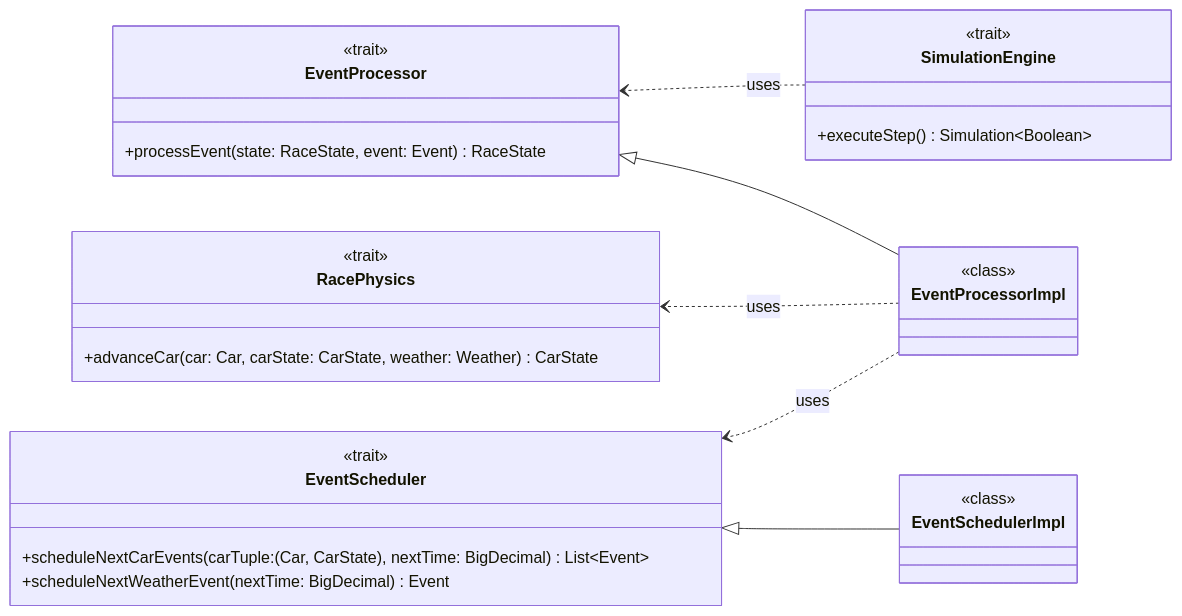
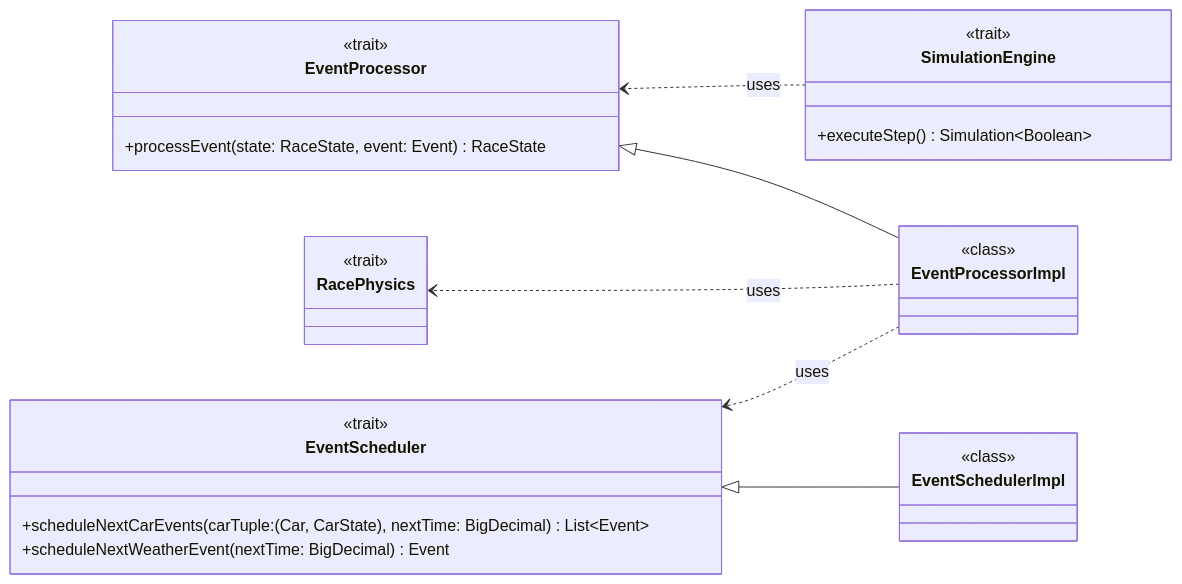
Before and after one commit to ItsTiz/PPS-24-sgp: the diagram in docs/report/4_detailed_design/model/vuksan/eventpr_eventsch.md, drawn with Mermaid. The commit also changed 1 other file, not shown here.

Commit message:
docs: added racephysics model

````diff
--- a/docs/report/4_detailed_design/model/vuksan/eventpr_eventsch.md
+++ b/docs/report/4_detailed_design/model/vuksan/eventpr_eventsch.md
@@ -9,41 +9,40 @@
 ```mermaid
 classDiagram
     direction RL
 
     class SimulationEngine {
         <<trait>>
         +executeStep() Simulation~Boolean~
     }
 
     class EventProcessor {
         <<trait>>
         +processEvent(state: RaceState, event: Event) RaceState
     }
 
     class EventProcessorImpl {
         <<class>>
     }
 
     class EventScheduler {
         <<trait>>
         +scheduleNextCarEvents(carTuple: (Car, CarState), nextTime: BigDecimal) List~Event~
         +scheduleNextWeatherEvent(nextTime: BigDecimal) Event
     }
 
     class EventSchedulerImpl {
         <<class>>
     }
 
     class RacePhysics {
         <<trait>>
-        +advanceCar(car: Car, carState: CarState, weather: Weather) CarState
     }
 
     EventSchedulerImpl --|> EventScheduler
     EventProcessorImpl ..> RacePhysics: uses
     EventProcessorImpl --|> EventProcessor
     EventProcessorImpl ..> EventScheduler: uses
     SimulationEngine ..> EventProcessor: uses
 
 
 ```
````
